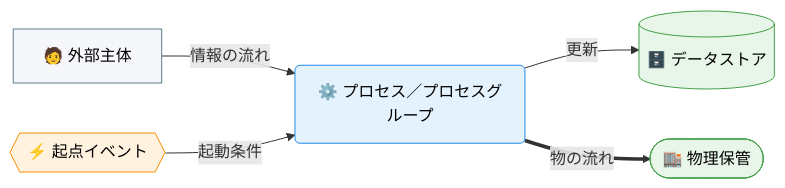
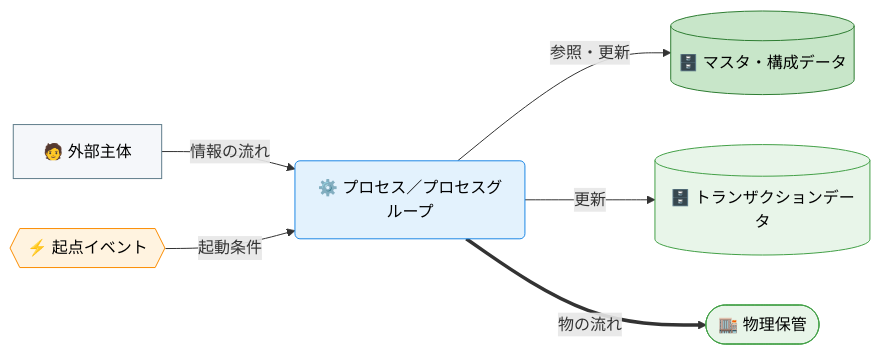
One commit to specdojo/specdojo changed the second of 2 diagrams in docs/ja/product/010-business-specs/010-data-flow/cdfd-overview.md. Above: the diagram before and after it, drawn with Mermaid. The commit also changed other lines of this file and 18 other files, not shown here.

First line of the commit message:
exec(T-DATA-FLOW-cdfd-overview-140): finalize cdfd-overview bootstrap

````diff
--- a/docs/ja/product/010-business-specs/010-data-flow/cdfd-overview.md
+++ b/docs/ja/product/010-business-specs/010-data-flow/cdfd-overview.md
@@ -168,23 +170,27 @@
 ```mermaid
 flowchart LR
   classDef process fill:#e3f2fd,stroke:#1e88e5,color:#000
   classDef event fill:#fff3e0,stroke:#fb8c00,color:#000
-  classDef store fill:#e8f5e9,stroke:#43a047,color:#000
+  classDef storeMaster fill:#c8e6c9,stroke:#2e7d32,color:#000
+  classDef storeTransaction fill:#e8f5e9,stroke:#43a047,color:#000
   classDef actor fill:#f5f7fa,stroke:#607d8b,color:#000
 
   外部主体["🧑 外部主体"]
   起点イベント{{"⚡ 起点イベント"}}
   プロセス("⚙️ プロセス／プロセスグループ")
-  データストア[("🗄️ データストア")]
+  マスタ構成データ[("🗄️ マスタ・構成データ")]
+  トランザクションデータ[("🗄️ トランザクションデータ")]
   物理保管(["🏬 物理保管"])
 
   外部主体 -->|"情報の流れ"| プロセス
   起点イベント -->|"起動条件"| プロセス
-  プロセス -->|"更新"| データストア
+  プロセス -->|"参照・更新"| マスタ構成データ
+  プロセス -->|"更新"| トランザクションデータ
   プロセス ==>|"物の流れ"| 物理保管
 
   class プロセス process
   class 起点イベント event
-  class データストア,物理保管 store
+  class マスタ構成データ storeMaster
+  class トランザクションデータ,物理保管 storeTransaction
   class 外部主体 actor
 ```
````
